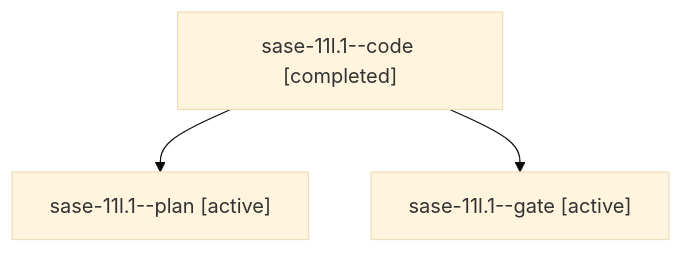
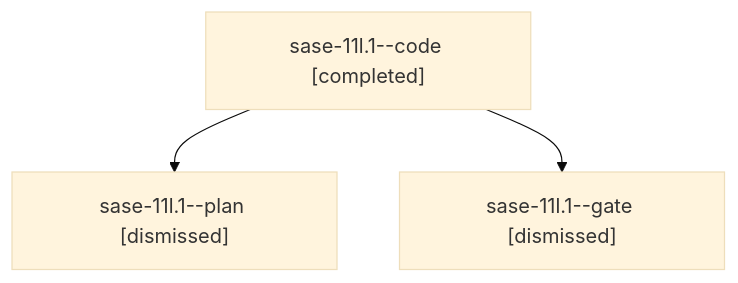
The diagram in sessions/bbugyi200.athena.sase-11l.1.md (sase-org/sase--agents), drawn with Mermaid (base theme) before and after one commit. The commit also changed other lines of this file and 204 other files, not shown here.

````diff
--- a/sessions/bbugyi200.athena.sase-11l.1.md
+++ b/sessions/bbugyi200.athena.sase-11l.1.md
@@ -9,8 +9,8 @@
 ```mermaid
 flowchart TD
   n0["sase-11l.1--code [completed]"]
-  n1["sase-11l.1--plan [active]"]
+  n1["sase-11l.1--plan [dismissed]"]
   n0 --> n1
-  n2["sase-11l.1--gate [active]"]
+  n2["sase-11l.1--gate [dismissed]"]
   n0 --> n2
 ```
````
